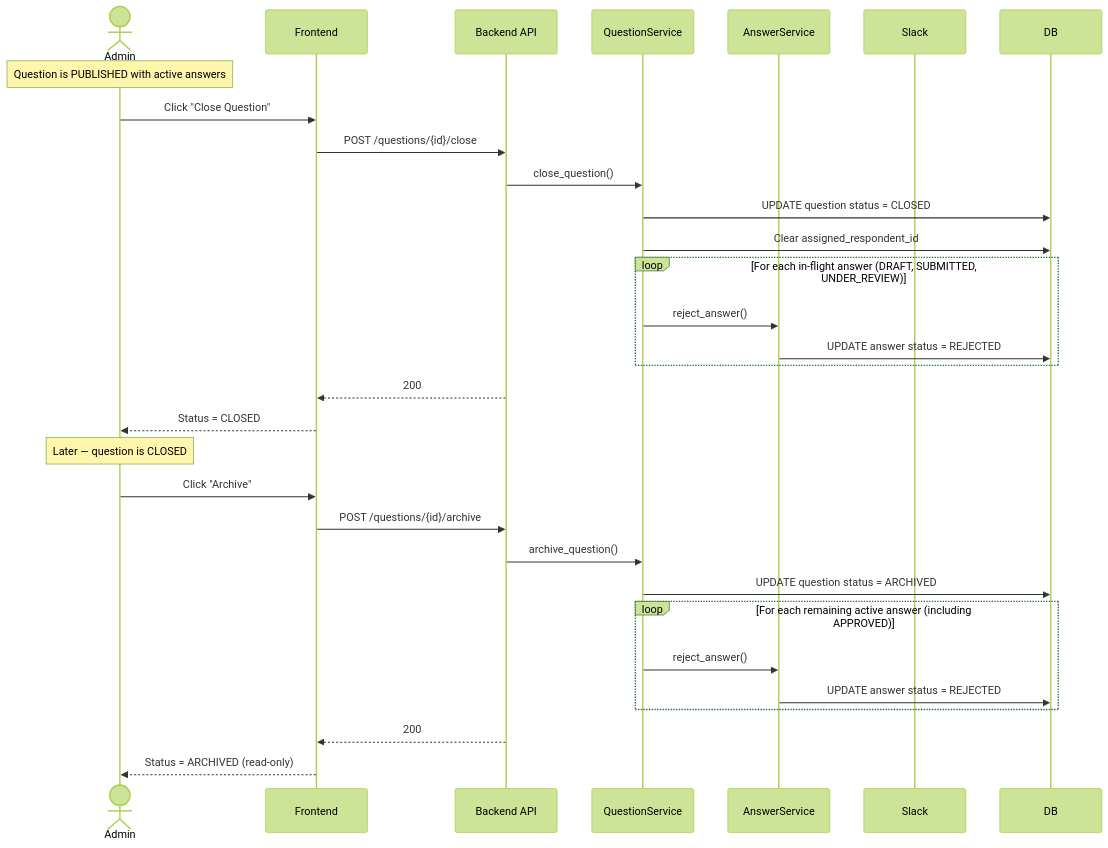
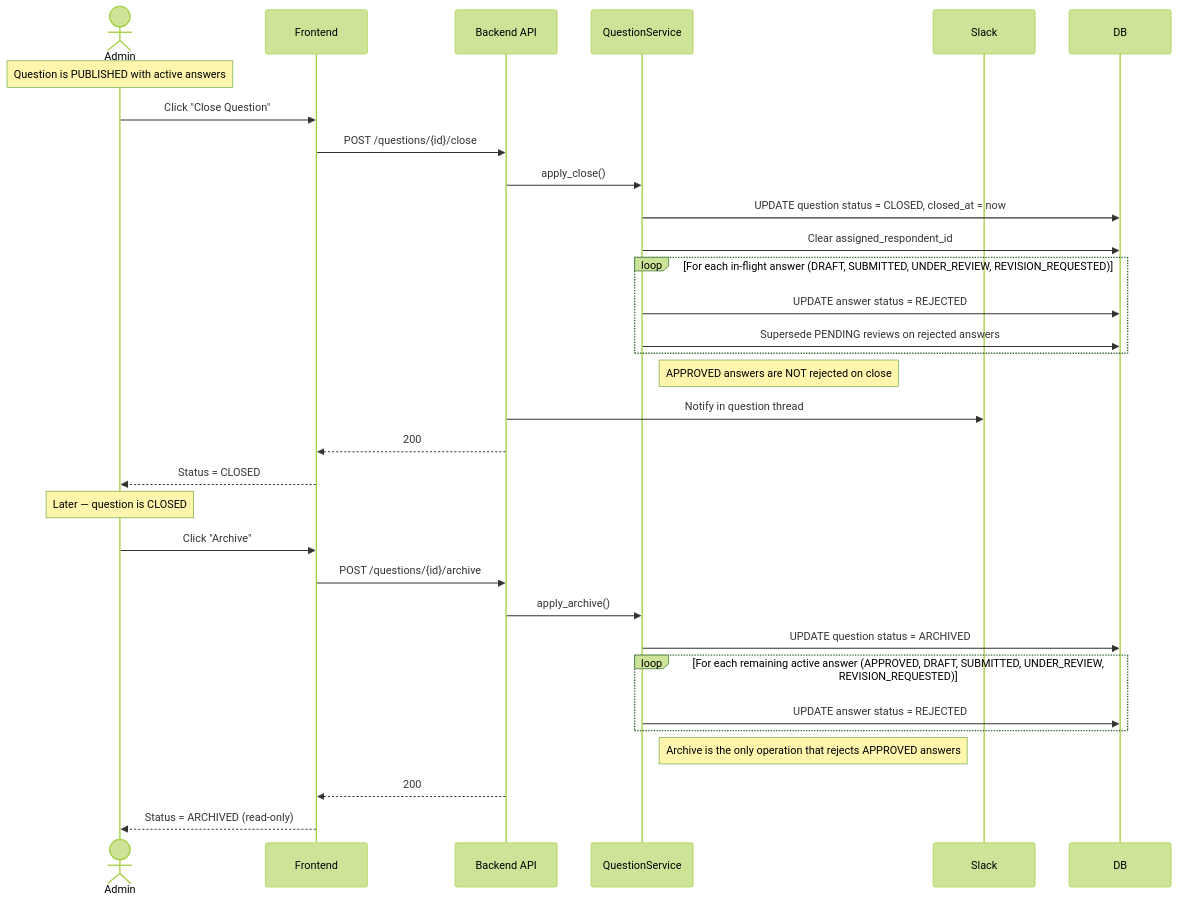
Diagram 13 of 17 in docs/sequence-diagrams.md (keytech42/tacit-knowledge-elicitation), drawn with Mermaid (forest theme) before and after one commit. The commit also changed other lines of this file, not shown here.

First line of the commit message:
Fix sequence diagram inaccuracies and add state machine notes

````diff
--- a/docs/sequence-diagrams.md
+++ b/docs/sequence-diagrams.md
@@ -516,41 +541,44 @@
 ```mermaid
 sequenceDiagram
     actor Admin
     participant Frontend
     participant Backend as Backend API
     participant QService as QuestionService
-    participant AService as AnswerService
     participant Slack
     participant DB
 
     Note over Admin: Question is PUBLISHED with active answers
 
     Admin->>Frontend: Click "Close Question"
     Frontend->>Backend: POST /questions/{id}/close
-    Backend->>QService: close_question()
-    QService->>DB: UPDATE question status = CLOSED
+    Backend->>QService: apply_close()
+    QService->>DB: UPDATE question status = CLOSED, closed_at = now
     QService->>DB: Clear assigned_respondent_id
 
-    loop For each in-flight answer (DRAFT, SUBMITTED, UNDER_REVIEW)
-        QService->>AService: reject_answer()
-        AService->>DB: UPDATE answer status = REJECTED
+    loop For each in-flight answer (DRAFT, SUBMITTED, UNDER_REVIEW, REVISION_REQUESTED)
+        QService->>DB: UPDATE answer status = REJECTED
+        QService->>DB: Supersede PENDING reviews on rejected answers
     end
 
+    Note right of QService: APPROVED answers are NOT rejected on close
+
+    Backend->>Slack: Notify in question thread
     Backend-->>Frontend: 200
     Frontend-->>Admin: Status = CLOSED
 
     Note over Admin: Later — question is CLOSED
 
     Admin->>Frontend: Click "Archive"
     Frontend->>Backend: POST /questions/{id}/archive
-    Backend->>QService: archive_question()
+    Backend->>QService: apply_archive()
     QService->>DB: UPDATE question status = ARCHIVED
 
-    loop For each remaining active answer (including APPROVED)
-        QService->>AService: reject_answer()
-        AService->>DB: UPDATE answer status = REJECTED
+    loop For each remaining active answer (APPROVED, DRAFT, SUBMITTED, UNDER_REVIEW, REVISION_REQUESTED)
+        QService->>DB: UPDATE answer status = REJECTED
     end
+
+    Note right of QService: Archive is the only operation that rejects APPROVED answers
 
     Backend-->>Frontend: 200
     Frontend-->>Admin: Status = ARCHIVED (read-only)
 ```
````
